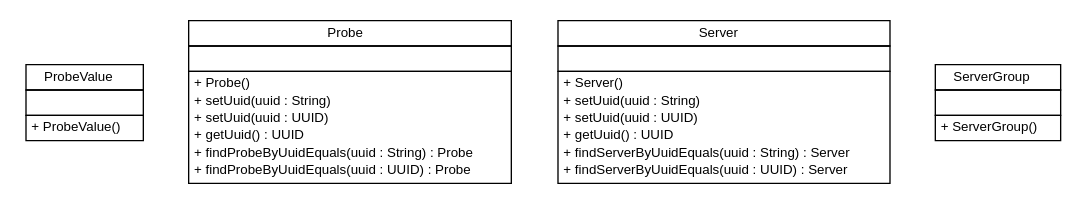
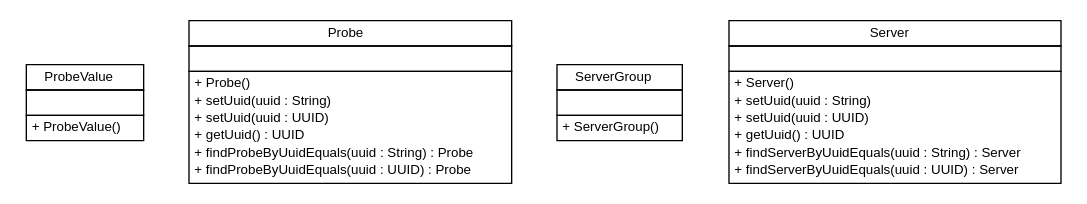
Before and after one commit to serene-project/serene-collector: the diagram in apidocs/net/sereneproject/collector/domain/net.sereneproject.collector.domain.dot, drawn with Graphviz. The commit also changed 337 other files, not shown here.

```diff
--- a/apidocs/net/sereneproject/collector/domain/net.sereneproject.collector.domain.dot
+++ b/apidocs/net/sereneproject/collector/domain/net.sereneproject.collector.domain.dot
@@ -1,70 +1,70 @@
 #!/usr/local/bin/dot
 #
 # Class diagram 
 # Generated by UMLGraph version 5.1 (http://www.umlgraph.org/)
 #
 
 digraph G {
 	edge [fontname="Helvetica",fontsize=10,labelfontname="Helvetica",labelfontsize=10];
 	node [fontname="Helvetica",fontsize=10,shape=plaintext];
 	nodesep=0.25;
 	ranksep=0.5;
 	// net.sereneproject.collector.domain.ProbeValue
-	c60 [label=<<table title="net.sereneproject.collector.domain.ProbeValue" border="0" cellborder="1" cellspacing="0" cellpadding="2" port="p" href="./ProbeValue.html">
+	c0 [label=<<table title="net.sereneproject.collector.domain.ProbeValue" border="0" cellborder="1" cellspacing="0" cellpadding="2" port="p" href="./ProbeValue.html">
 		<tr><td><table border="0" cellspacing="0" cellpadding="1">
 <tr><td align="center" balign="center"> ProbeValue </td></tr>
 		</table></td></tr>
 		<tr><td><table border="0" cellspacing="0" cellpadding="1">
 <tr><td align="left" balign="left">  </td></tr>
 		</table></td></tr>
 		<tr><td><table border="0" cellspacing="0" cellpadding="1">
 <tr><td align="left" balign="left"> + ProbeValue() </td></tr>
 		</table></td></tr>
 		</table>>, fontname="Helvetica", fontcolor="black", fontsize=10.0];
 	// net.sereneproject.collector.domain.Probe
-	c61 [label=<<table title="net.sereneproject.collector.domain.Probe" border="0" cellborder="1" cellspacing="0" cellpadding="2" port="p" href="./Probe.html">
+	c1 [label=<<table title="net.sereneproject.collector.domain.Probe" border="0" cellborder="1" cellspacing="0" cellpadding="2" port="p" href="./Probe.html">
 		<tr><td><table border="0" cellspacing="0" cellpadding="1">
 <tr><td align="center" balign="center"> Probe </td></tr>
 		</table></td></tr>
 		<tr><td><table border="0" cellspacing="0" cellpadding="1">
 <tr><td align="left" balign="left">  </td></tr>
 		</table></td></tr>
 		<tr><td><table border="0" cellspacing="0" cellpadding="1">
 <tr><td align="left" balign="left"> + Probe() </td></tr>
 <tr><td align="left" balign="left"> + setUuid(uuid : String) </td></tr>
 <tr><td align="left" balign="left"> + setUuid(uuid : UUID) </td></tr>
 <tr><td align="left" balign="left"> + getUuid() : UUID </td></tr>
 <tr><td align="left" balign="left"> + findProbeByUuidEquals(uuid : String) : Probe </td></tr>
 <tr><td align="left" balign="left"> + findProbeByUuidEquals(uuid : UUID) : Probe </td></tr>
 		</table></td></tr>
 		</table>>, fontname="Helvetica", fontcolor="black", fontsize=10.0];
+	// net.sereneproject.collector.domain.ServerGroup
+	c2 [label=<<table title="net.sereneproject.collector.domain.ServerGroup" border="0" cellborder="1" cellspacing="0" cellpadding="2" port="p" href="./ServerGroup.html">
+		<tr><td><table border="0" cellspacing="0" cellpadding="1">
+<tr><td align="center" balign="center"> ServerGroup </td></tr>
+		</table></td></tr>
+		<tr><td><table border="0" cellspacing="0" cellpadding="1">
+<tr><td align="left" balign="left">  </td></tr>
+		</table></td></tr>
+		<tr><td><table border="0" cellspacing="0" cellpadding="1">
+<tr><td align="left" balign="left"> + ServerGroup() </td></tr>
+		</table></td></tr>
+		</table>>, fontname="Helvetica", fontcolor="black", fontsize=10.0];
 	// net.sereneproject.collector.domain.Server
-	c62 [label=<<table title="net.sereneproject.collector.domain.Server" border="0" cellborder="1" cellspacing="0" cellpadding="2" port="p" href="./Server.html">
+	c3 [label=<<table title="net.sereneproject.collector.domain.Server" border="0" cellborder="1" cellspacing="0" cellpadding="2" port="p" href="./Server.html">
 		<tr><td><table border="0" cellspacing="0" cellpadding="1">
 <tr><td align="center" balign="center"> Server </td></tr>
 		</table></td></tr>
 		<tr><td><table border="0" cellspacing="0" cellpadding="1">
 <tr><td align="left" balign="left">  </td></tr>
 		</table></td></tr>
 		<tr><td><table border="0" cellspacing="0" cellpadding="1">
 <tr><td align="left" balign="left"> + Server() </td></tr>
 <tr><td align="left" balign="left"> + setUuid(uuid : String) </td></tr>
 <tr><td align="left" balign="left"> + setUuid(uuid : UUID) </td></tr>
 <tr><td align="left" balign="left"> + getUuid() : UUID </td></tr>
 <tr><td align="left" balign="left"> + findServerByUuidEquals(uuid : String) : Server </td></tr>
 <tr><td align="left" balign="left"> + findServerByUuidEquals(uuid : UUID) : Server </td></tr>
 		</table></td></tr>
 		</table>>, fontname="Helvetica", fontcolor="black", fontsize=10.0];
-	// net.sereneproject.collector.domain.ServerGroup
-	c63 [label=<<table title="net.sereneproject.collector.domain.ServerGroup" border="0" cellborder="1" cellspacing="0" cellpadding="2" port="p" href="./ServerGroup.html">
-		<tr><td><table border="0" cellspacing="0" cellpadding="1">
-<tr><td align="center" balign="center"> ServerGroup </td></tr>
-		</table></td></tr>
-		<tr><td><table border="0" cellspacing="0" cellpadding="1">
-<tr><td align="left" balign="left">  </td></tr>
-		</table></td></tr>
-		<tr><td><table border="0" cellspacing="0" cellpadding="1">
-<tr><td align="left" balign="left"> + ServerGroup() </td></tr>
-		</table></td></tr>
-		</table>>, fontname="Helvetica", fontcolor="black", fontsize=10.0];
 }
```
